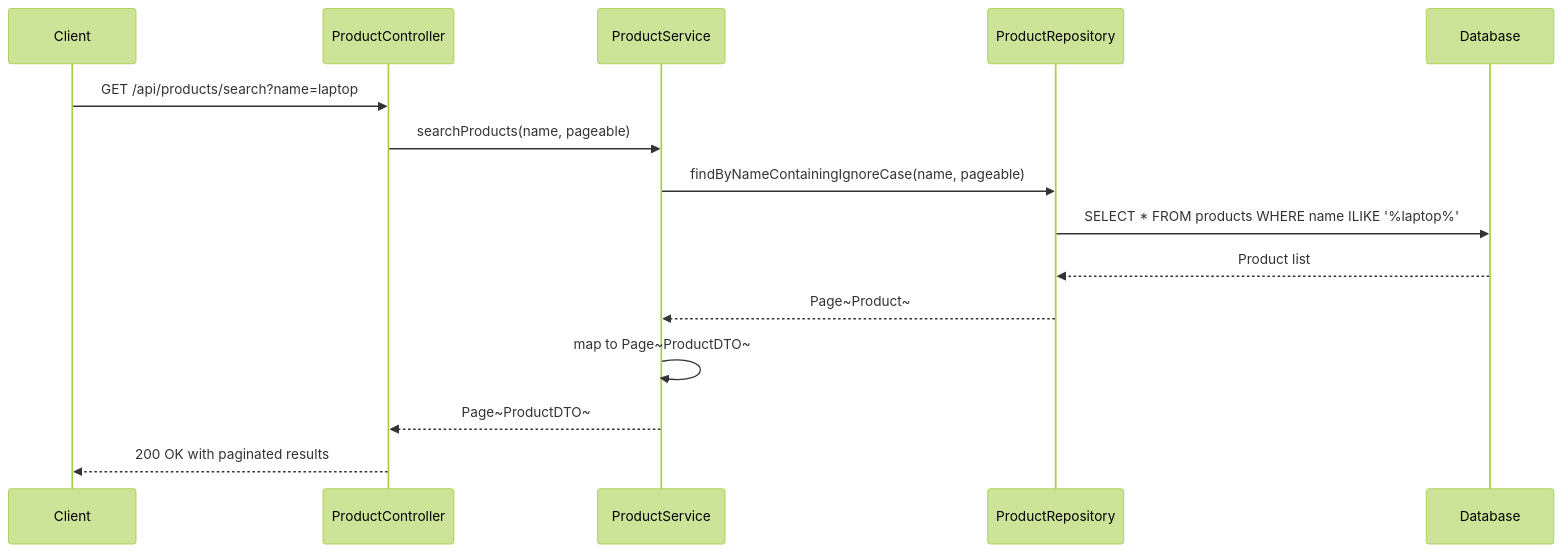
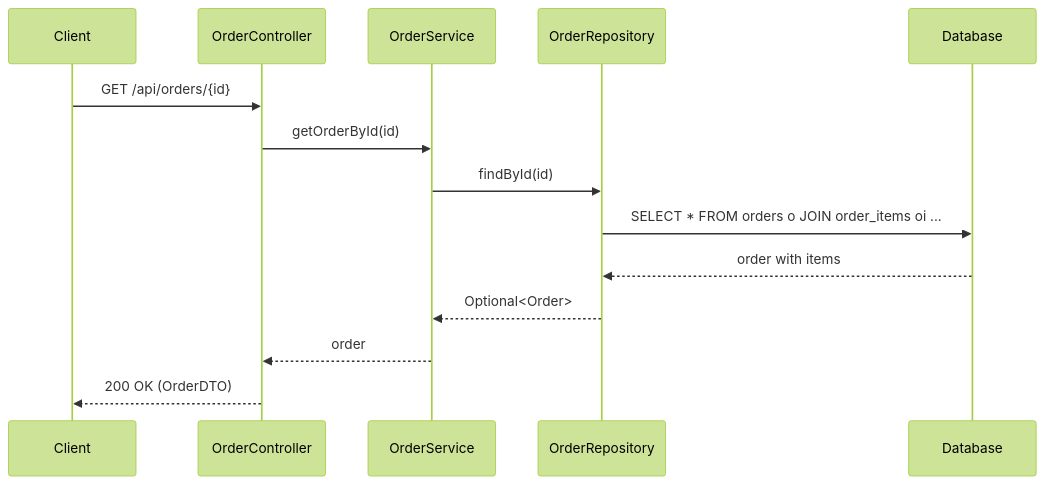
One commit to NavneetBN47/aava-ecom-demo changed the eighth of 13 diagrams in docs/LLD/modified_lld.md. Above: the diagram before and after it, drawn with Mermaid (forest theme). The commit also changed other lines of this file, not shown here.

````diff
--- a/docs/LLD/modified_lld.md
+++ b/docs/LLD/modified_lld.md
@@ -416,18 +460,17 @@
 ```mermaid
 sequenceDiagram
     participant Client
-    participant ProductController
-    participant ProductService
-    participant ProductRepository
+    participant OrderController
+    participant OrderService
+    participant OrderRepository
     participant Database
 
-    Client->>ProductController: GET /api/products/search?name=laptop
-    ProductController->>ProductService: searchProducts(name, pageable)
-    ProductService->>ProductRepository: findByNameContainingIgnoreCase(name, pageable)
-    ProductRepository->>Database: SELECT * FROM products WHERE name ILIKE '%laptop%'
-    Database-->>ProductRepository: Product list
-    ProductRepository-->>ProductService: Page~Product~
-    ProductService->>ProductService: map to Page~ProductDTO~
-    ProductService-->>ProductController: Page~ProductDTO~
-    ProductController-->>Client: 200 OK with paginated results
+    Client->>OrderController: GET /api/orders/{id}
+    OrderController->>OrderService: getOrderById(id)
+    OrderService->>OrderRepository: findById(id)
+    OrderRepository->>Database: SELECT * FROM orders o JOIN order_items oi ...
+    Database-->>OrderRepository: order with items
+    OrderRepository-->>OrderService: Optional<Order>
+    OrderService-->>OrderController: order
+    OrderController-->>Client: 200 OK (OrderDTO)
 ```
````
